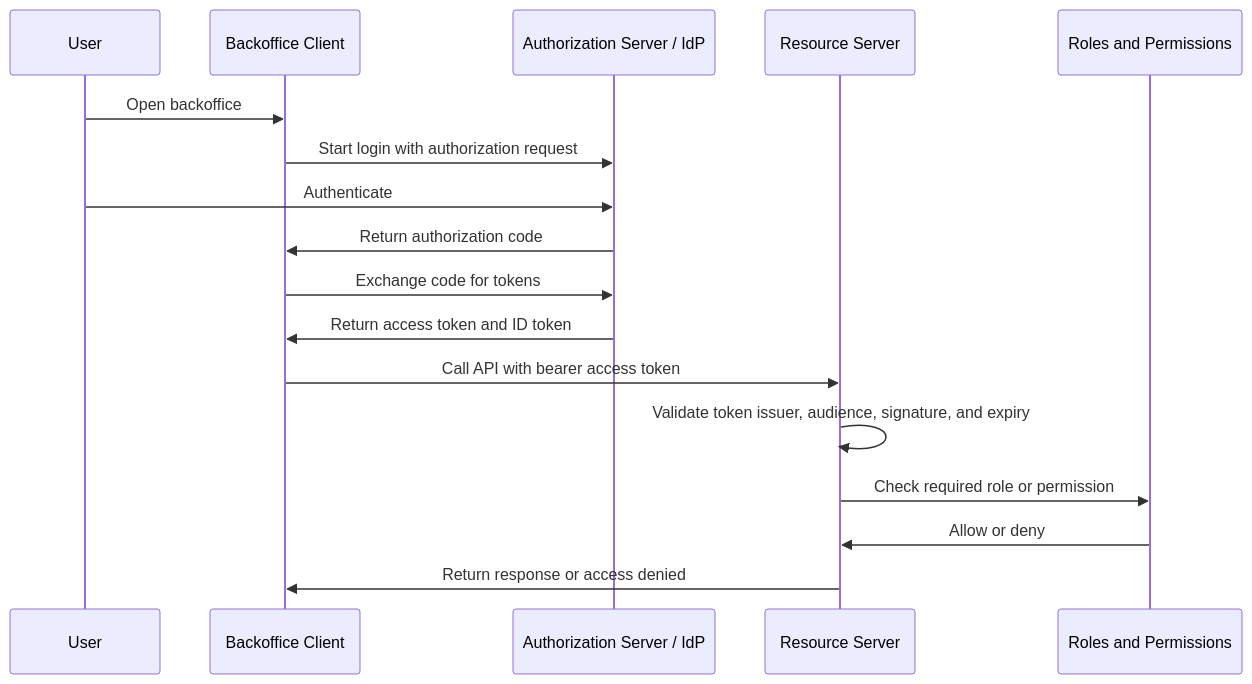
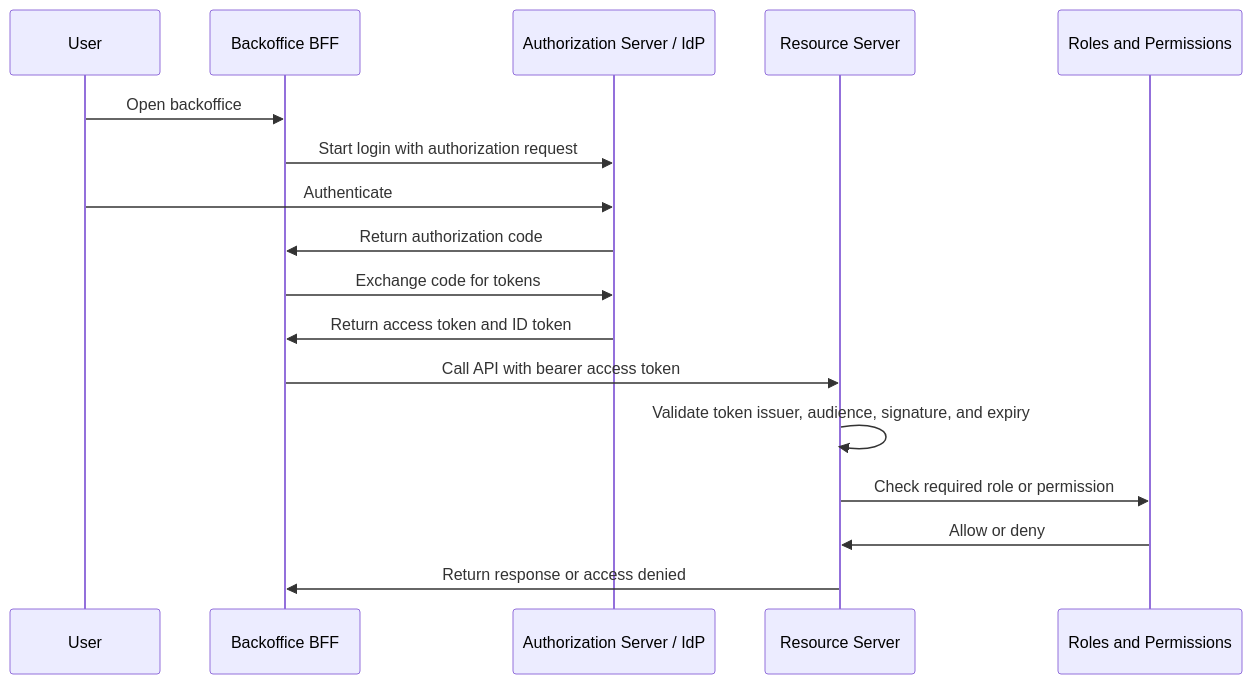
One commit to panaC/edrlab-backoffice-auth-study changed the second of 2 diagrams in docs/wiki/README.md. Above: the diagram before and after it, drawn with Mermaid. The commit also changed other lines of this file and 6 other files, not shown here.

Commit message:
Define central IAM control plane architecture

````diff
--- a/docs/wiki/README.md
+++ b/docs/wiki/README.md
@@ -91,20 +92,20 @@
 ```mermaid
 sequenceDiagram
     participant User
-    participant Client as Backoffice Client
+    participant Client as Backoffice BFF
     participant AS as Authorization Server / IdP
     participant API as Resource Server
     participant Authz as Roles and Permissions
 
     User->>Client: Open backoffice
     Client->>AS: Start login with authorization request
     User->>AS: Authenticate
     AS->>Client: Return authorization code
     Client->>AS: Exchange code for tokens
     AS->>Client: Return access token and ID token
     Client->>API: Call API with bearer access token
     API->>API: Validate token issuer, audience, signature, and expiry
     API->>Authz: Check required role or permission
     Authz->>API: Allow or deny
     API->>Client: Return response or access denied
 ```
````
